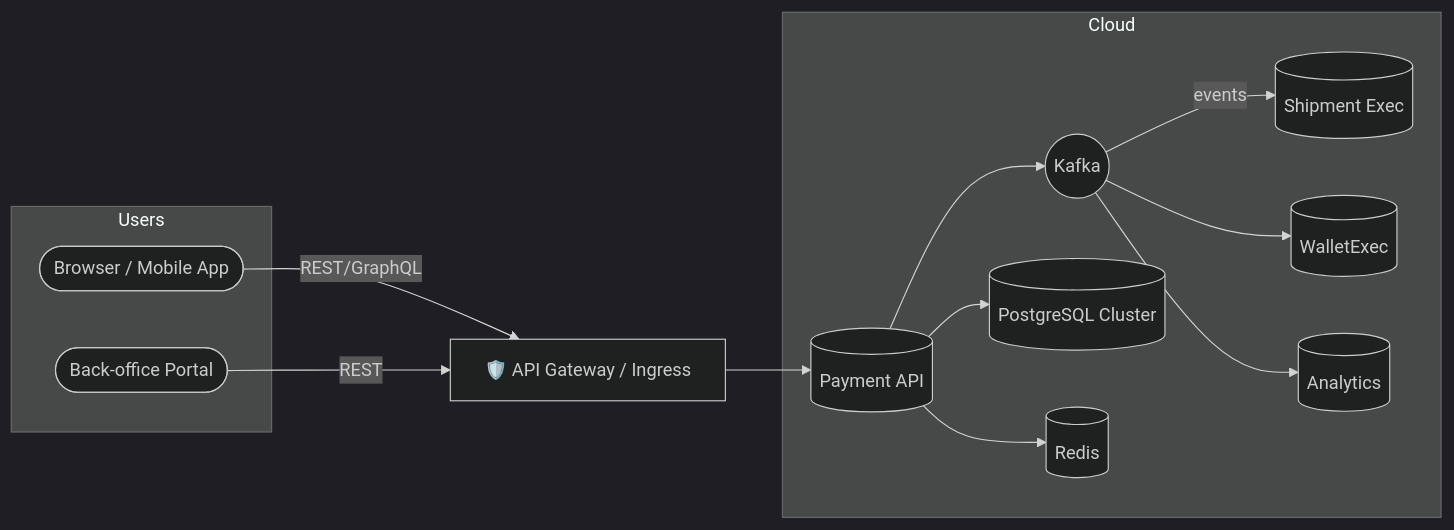
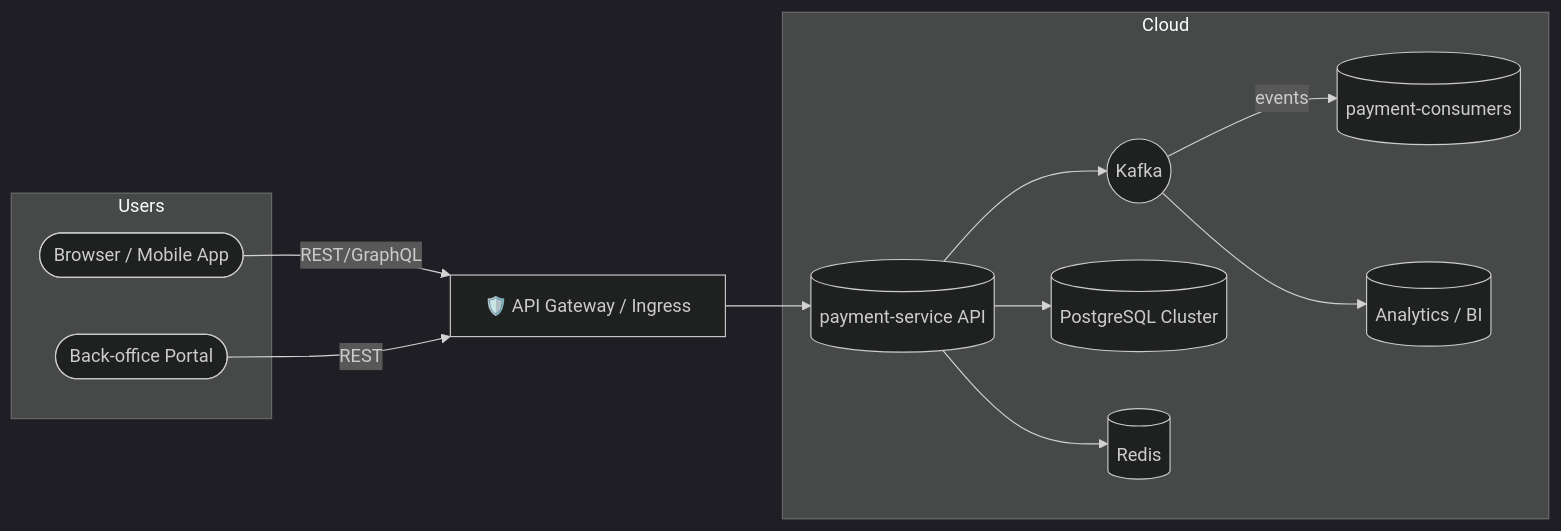
Before and after one commit to dcaglar/ecommerce-platform-kotlin: the first of 5 diagrams in docs/architecture.md, drawn with Mermaid (dark theme). The commit also changed other lines of this file and 1 other file, not shown here.

Commit message:
update architecture  document and readme

````diff
--- a/docs/architecture.md
+++ b/docs/architecture.md
@@ -50,25 +71,23 @@
 ```mermaid
 flowchart LR
 subgraph Users
 U1([Browser / Mobile App])
 U2([Back‑office Portal])
 end
 U1 -->|REST/GraphQL|GW["🛡️ API Gateway / Ingress"]
 U2 -->|REST|GW
-GW --> PAY[(Payment API)]
+GW --> PAY[(payment-service API)]
 PAY --> K((Kafka))
-K -->|events|SHIP[(Shipment Exec)]
-K --> WAL[(WalletExec)]
-K --> ANA[(Analytics)]
+K -->|events|CONS[(payment-consumers)]
+K --> ANA[(Analytics / BI)]
 PAY --> DB[(PostgreSQL Cluster)]
 PAY --> REDIS[(Redis)]
 subgraph Cloud
 PAY
-SHIP
-WAL
+CONS
 ANA
 K
 DB
 REDIS
 end
 ```
````
